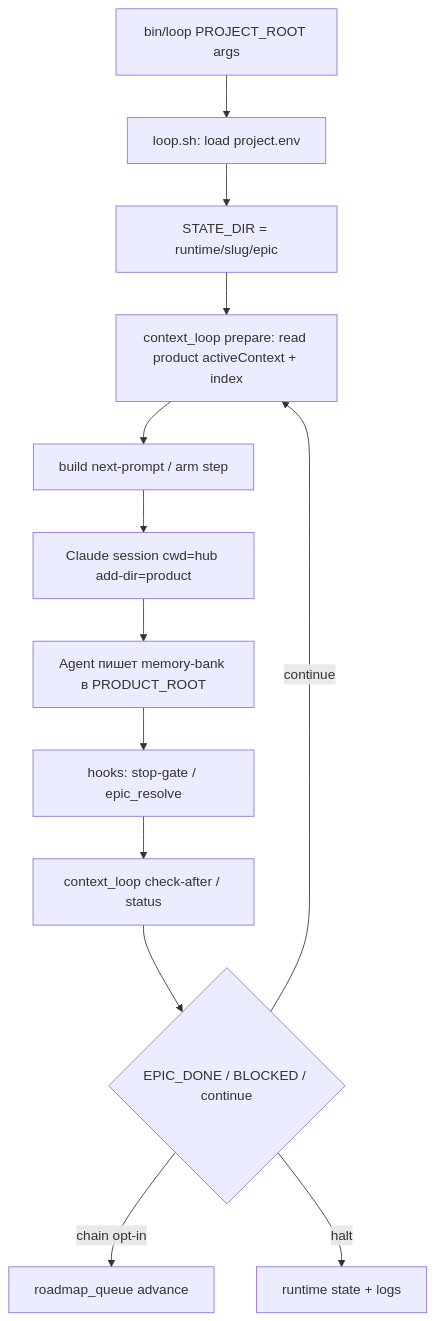
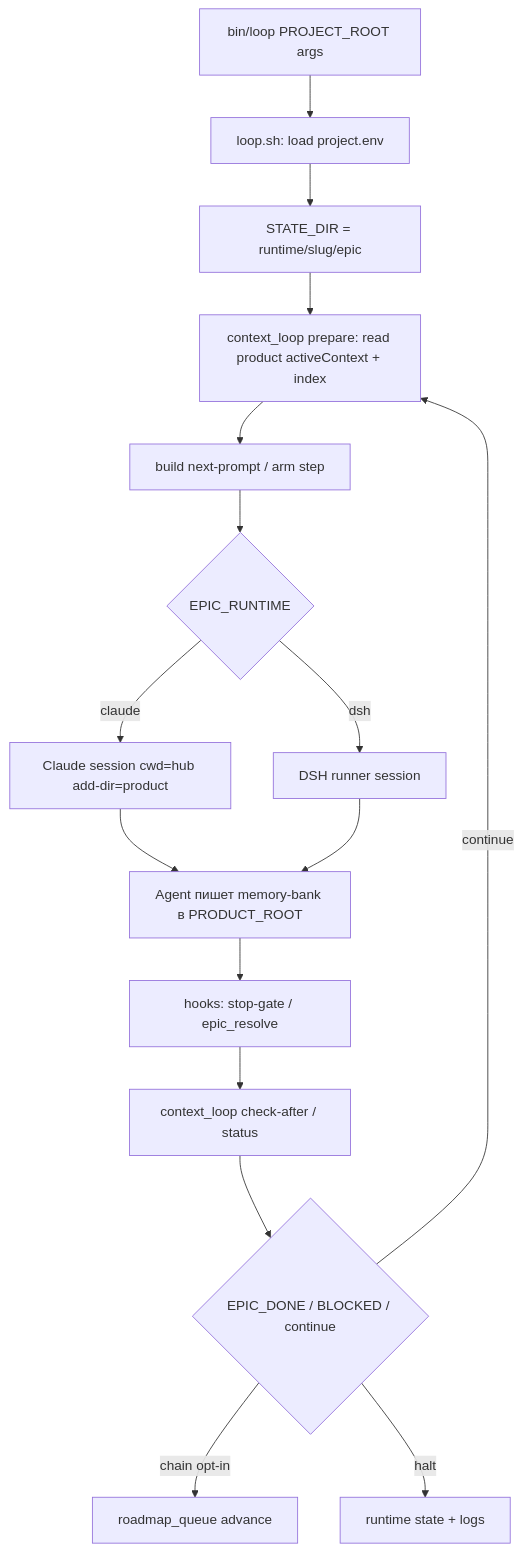
One commit to aeroalgo/dev-hub changed the second of 2 diagrams in memory-bank/architecture/data-flow.md. Above: the diagram before and after it, drawn with Mermaid. The commit also changed other lines of this file and 252 other files, not shown here.

````diff
--- a/memory-bank/architecture/data-flow.md
+++ b/memory-bank/architecture/data-flow.md
@@ -25,15 +25,18 @@
 ```mermaid
 flowchart TD
   A[bin/loop PROJECT_ROOT args] --> B[loop.sh: load project.env]
   B --> C[STATE_DIR = runtime/slug/epic]
   C --> D[context_loop prepare: read product activeContext + index]
   D --> E[build next-prompt / arm step]
-  E --> F[Claude session cwd=hub add-dir=product]
-  F --> G[Agent пишет memory-bank в PRODUCT_ROOT]
-  G --> H[hooks: stop-gate / epic_resolve]
-  H --> I[context_loop check-after / status]
-  I --> J{EPIC_DONE / BLOCKED / continue}
-  J -->|continue| D
-  J -->|chain opt-in| K[roadmap_queue advance]
-  J -->|halt| L[runtime state + logs]
+  E --> F{EPIC_RUNTIME}
+  F -->|claude| G1[Claude session cwd=hub add-dir=product]
+  F -->|dsh| G2[DSH runner session]
+  G1 --> H[Agent пишет memory-bank в PRODUCT_ROOT]
+  G2 --> H
+  H --> I[hooks: stop-gate / epic_resolve]
+  I --> J[context_loop check-after / status]
+  J --> K{EPIC_DONE / BLOCKED / continue}
+  K -->|continue| D
+  K -->|chain opt-in| L[roadmap_queue advance]
+  K -->|halt| M[runtime state + logs]
 ```
````
